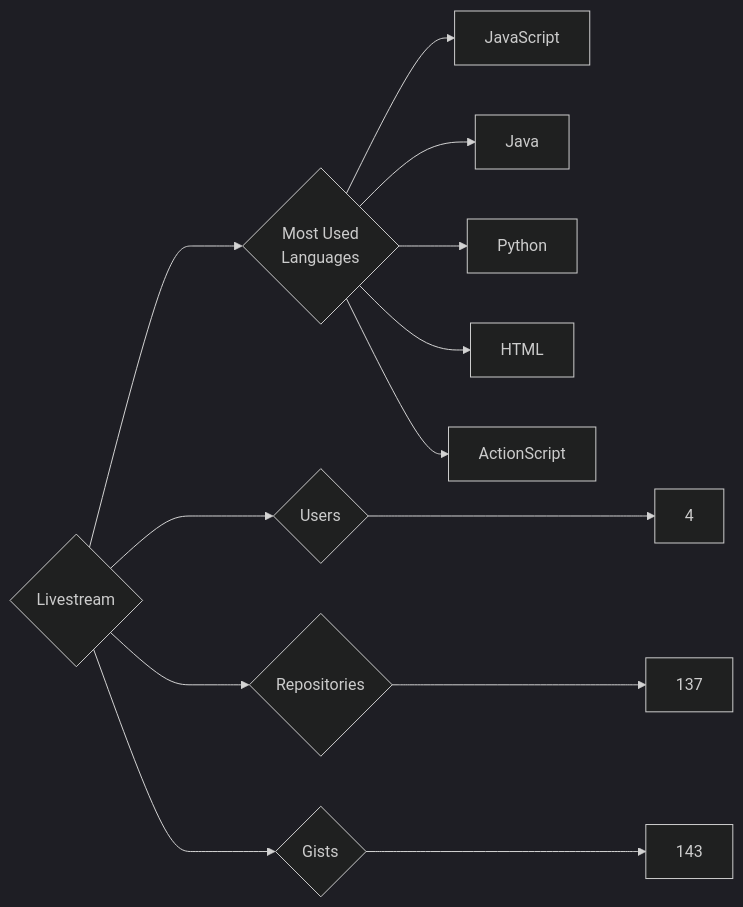
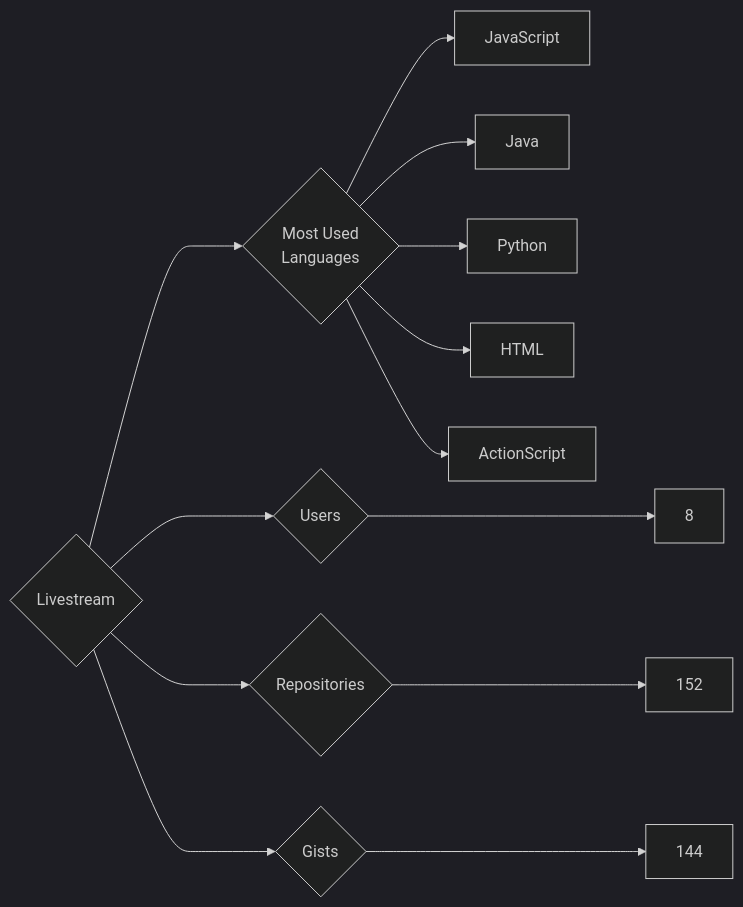
One commit to trickest/insiders changed the diagram in targets/Livestream/README.md. Above: the diagram before and after it, drawn with Mermaid (dark theme). The commit also changed 1696 other files, not shown here.

````diff
--- a/targets/Livestream/README.md
+++ b/targets/Livestream/README.md
@@ -3,13 +3,13 @@
 ```mermaid
 graph LR
 COMPANY_NAME{Livestream}
-COMPANY_NAME ---> U{Users} ---> UN[4]
-COMPANY_NAME ---> R{Repositories} ---> RN[137]
-COMPANY_NAME ---> G{Gists} ---> GN[143]
+COMPANY_NAME ---> U{Users} ---> UN[8]
+COMPANY_NAME ---> R{Repositories} ---> RN[152]
+COMPANY_NAME ---> G{Gists} ---> GN[144]
 COMPANY_NAME ---> ML{Most Used<br>Languages}
 ML --> JavaScript[JavaScript]
 ML --> Java[Java]
 ML --> Python[Python]
 ML --> HTML[HTML]
 ML --> ActionScript[ActionScript]
 ```
````
